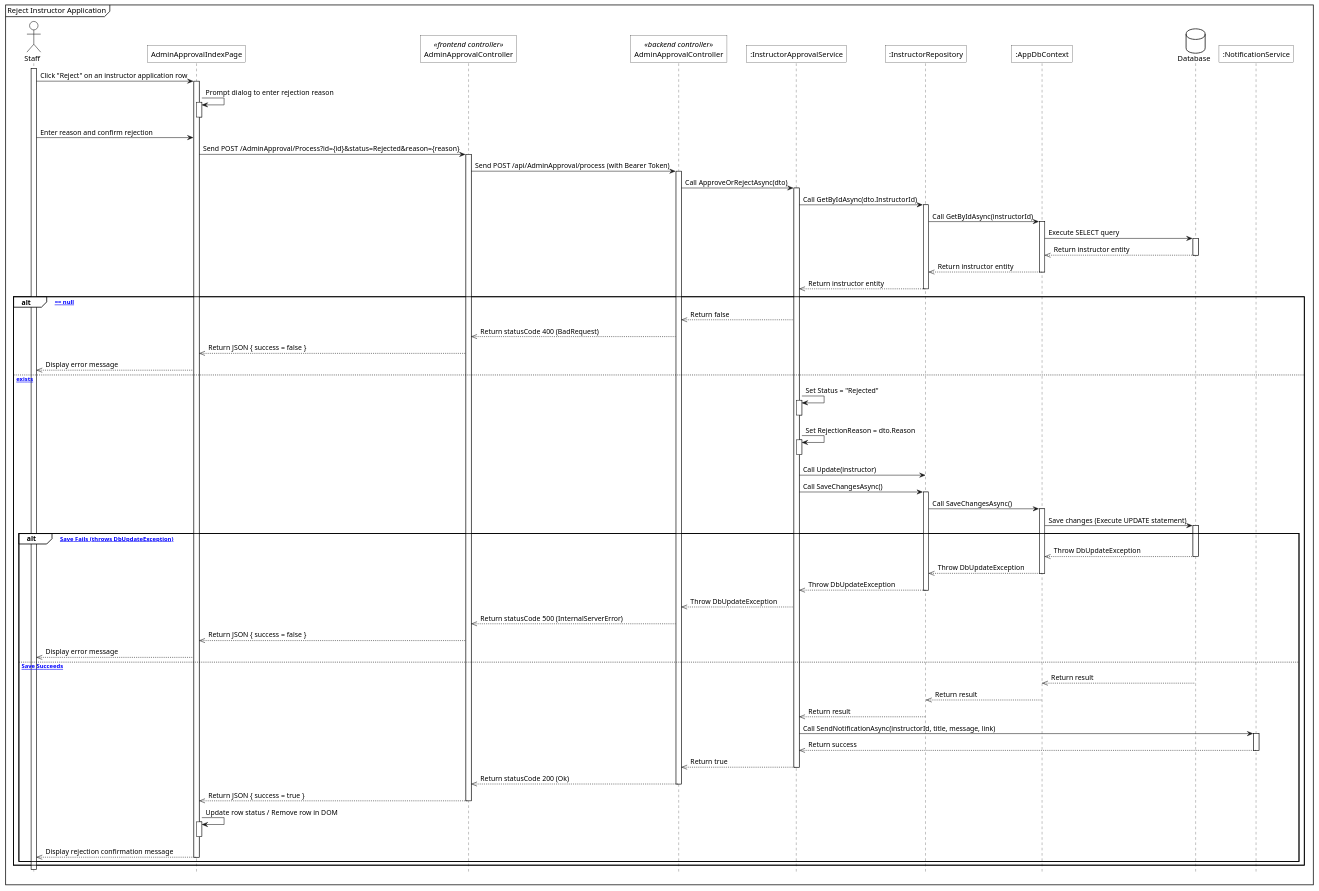
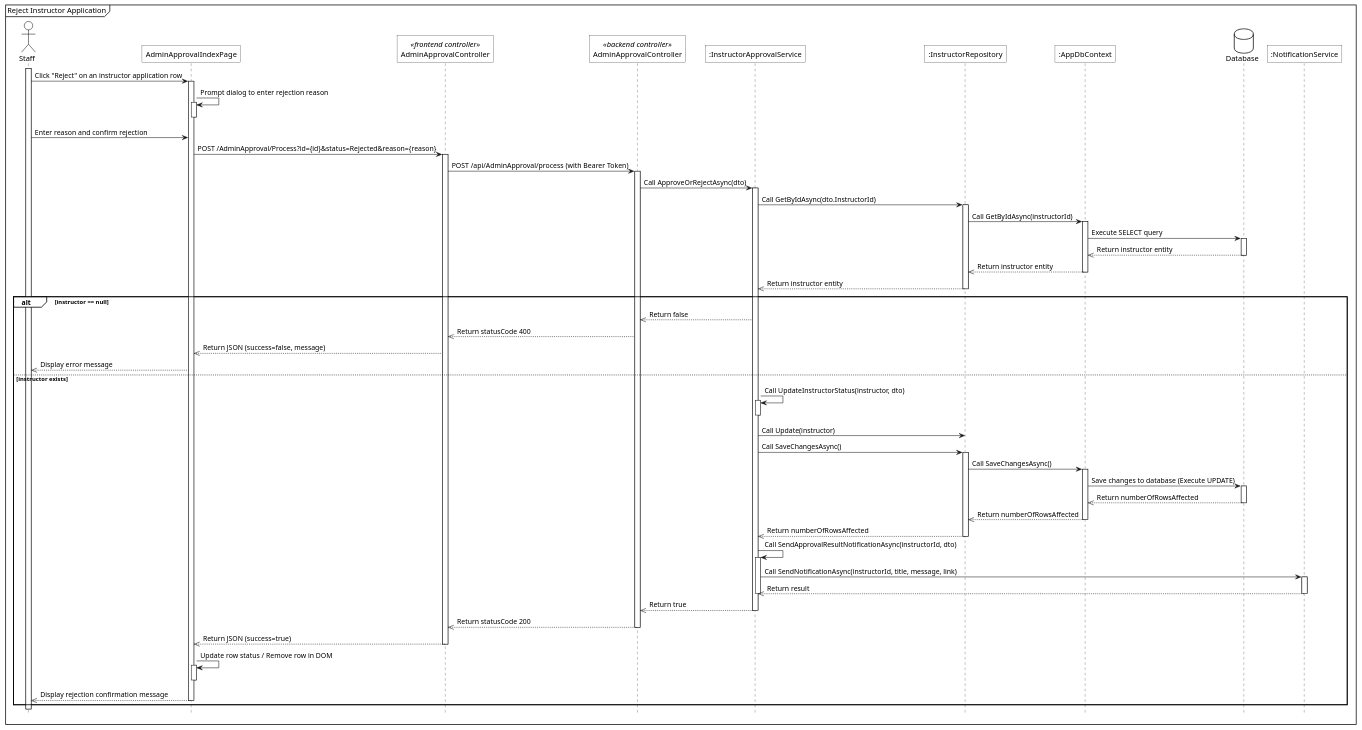
One commit to 1000do/Linked changed the diagram in diagrams/sequence/manage_instructor_applications/sq_reject_instructor_application.plantuml. Above: the diagram before and after it, drawn with PlantUML. The commit also changed 46 other files, not shown here.

Commit message:
feat: implement Cart, Notification, and Instructor Approval services and document related workflows with class and sequence diagrams

```diff
--- a/diagrams/sequence/manage_instructor_applications/sq_reject_instructor_application.plantuml
+++ b/diagrams/sequence/manage_instructor_applications/sq_reject_instructor_application.plantuml
@@ -1,103 +1,92 @@
 @startuml
 <style>
     sequenceDiagram{
         actor{
             BackgroundColor white
             LineThickness 1.0
         }
         participant{
             BackgroundColor white
             RoundCorner 0
         }
         database{
             BackgroundColor white
         }
         groupHeader{
             BackgroundColor white
         }
         referenceHeader{
             BackgroundColor white
         }
         reference{
             BackgroundColor white
         }
     }
 </style>
 
 hide footbox
 
 mainframe Reject Instructor Application
 
 actor Staff as act
 participant "AdminApprovalIndexPage" as view
 participant "AdminApprovalController" as fe_ctrl <<frontend controller>>
 participant "AdminApprovalController" as be_ctrl <<backend controller>>
 participant ":InstructorApprovalService" as sv
 participant ":InstructorRepository" as repo
 participant ":AppDbContext" as ctx
 database Database as db
 participant ":NotificationService" as noti_sv
 
-act++
-act->view++: Click "Reject" on an instructor application row
-view->view++: Prompt dialog to enter rejection reason
-view--
+act ++
+act -> view++: Click "Reject" on an instructor application row
+view -> view++: Prompt dialog to enter rejection reason
+view --
 
-act->view: Enter reason and confirm rejection
-view->fe_ctrl++: Send POST /AdminApproval/Process?id={id}&status=Rejected&reason={reason}
+act -> view: Enter reason and confirm rejection
+view -> fe_ctrl++: POST /AdminApproval/Process?id={id}&status=Rejected&reason={reason}
 
-fe_ctrl->be_ctrl++: Send POST /api/AdminApproval/process (with Bearer Token)
+fe_ctrl -> be_ctrl++: POST /api/AdminApproval/process (with Bearer Token)
 
-be_ctrl->sv++: Call ApproveOrRejectAsync(dto)
-sv->repo++: Call GetByIdAsync(dto.InstructorId)
-repo->ctx++: Call GetByIdAsync(instructorId)
-ctx->db++: Execute SELECT query
+be_ctrl -> sv++: Call ApproveOrRejectAsync(dto)
+sv -> repo++: Call GetByIdAsync(dto.InstructorId)
+repo -> ctx++: Call GetByIdAsync(instructorId)
+ctx -> db++: Execute SELECT query
 
-db-->>ctx--: Return instructor entity
-ctx-->>repo--: Return instructor entity
-repo-->>sv--: Return instructor entity
+db -->> ctx--: Return instructor entity
+ctx -->> repo--: Return instructor entity
+repo -->> sv--: Return instructor entity
 
-alt [instructor == null]
-    sv-->>be_ctrl: Return false
-    be_ctrl-->>fe_ctrl: Return statusCode 400 (BadRequest)
-    fe_ctrl-->>view: Return JSON { success = false }
-    view-->>act: Display error message
-else [instructor exists]
-    sv->sv++: Set Status = "Rejected"
-    sv--
-    sv->sv++: Set RejectionReason = dto.Reason
-    sv--
+alt instructor == null
+    sv -->> be_ctrl: Return false
+    be_ctrl -->> fe_ctrl: Return statusCode 400
+    fe_ctrl -->> view: Return JSON (success=false, message)
+    view -->> act: Display error message
+else instructor exists
+    sv -> sv++: Call UpdateInstructorStatus(instructor, dto)
+    sv --
     
-    sv->repo: Call Update(instructor)
+    sv -> repo: Call Update(instructor)
     
-    sv->repo++: Call SaveChangesAsync()
-    repo->ctx++: Call SaveChangesAsync()
-    ctx->db++: Save changes (Execute UPDATE statement)
+    sv -> repo++: Call SaveChangesAsync()
+    repo -> ctx++: Call SaveChangesAsync()
+    ctx -> db++: Save changes to database (Execute UPDATE)
+    db -->> ctx--: Return numberOfRowsAffected
+    ctx -->> repo--: Return numberOfRowsAffected
+    repo -->> sv--: Return numberOfRowsAffected
     
-    alt [Database Save Fails (throws DbUpdateException)]
-        db-->>ctx--: Throw DbUpdateException
-        ctx-->>repo--: Throw DbUpdateException
-        repo-->>sv--: Throw DbUpdateException
-        sv-->>be_ctrl: Throw DbUpdateException
-        be_ctrl-->>fe_ctrl: Return statusCode 500 (InternalServerError)
-        fe_ctrl-->>view: Return JSON { success = false }
-        view-->>act: Display error message
-    else [Database Save Succeeds]
-        db-->>ctx--: Return result
-        ctx-->>repo--: Return result
-        repo-->>sv--: Return result
-        
-        sv->noti_sv++: Call SendNotificationAsync(instructorId, title, message, link)
-        noti_sv-->>sv--: Return success
-        
-        sv-->>be_ctrl--: Return true
-        be_ctrl-->>fe_ctrl--: Return statusCode 200 (Ok)
-        fe_ctrl-->>view--: Return JSON { success = true }
-        
-        view->view++: Update row status / Remove row in DOM
-        view--
-        view-->>act--: Display rejection confirmation message
-    end
+    sv -> sv++: Call SendApprovalResultNotificationAsync(instructorId, dto)
+    sv -> noti_sv++: Call SendNotificationAsync(instructorId, title, message, link)
+    noti_sv -->> sv--: Return result
+    sv --
+    
+    sv -->> be_ctrl--: Return true
+    be_ctrl -->> fe_ctrl--: Return statusCode 200
+    fe_ctrl -->> view--: Return JSON (success=true)
+    
+    view -> view++: Update row status / Remove row in DOM
+    view --
+    view -->> act--: Display rejection confirmation message
 end
 
 @enduml
```
